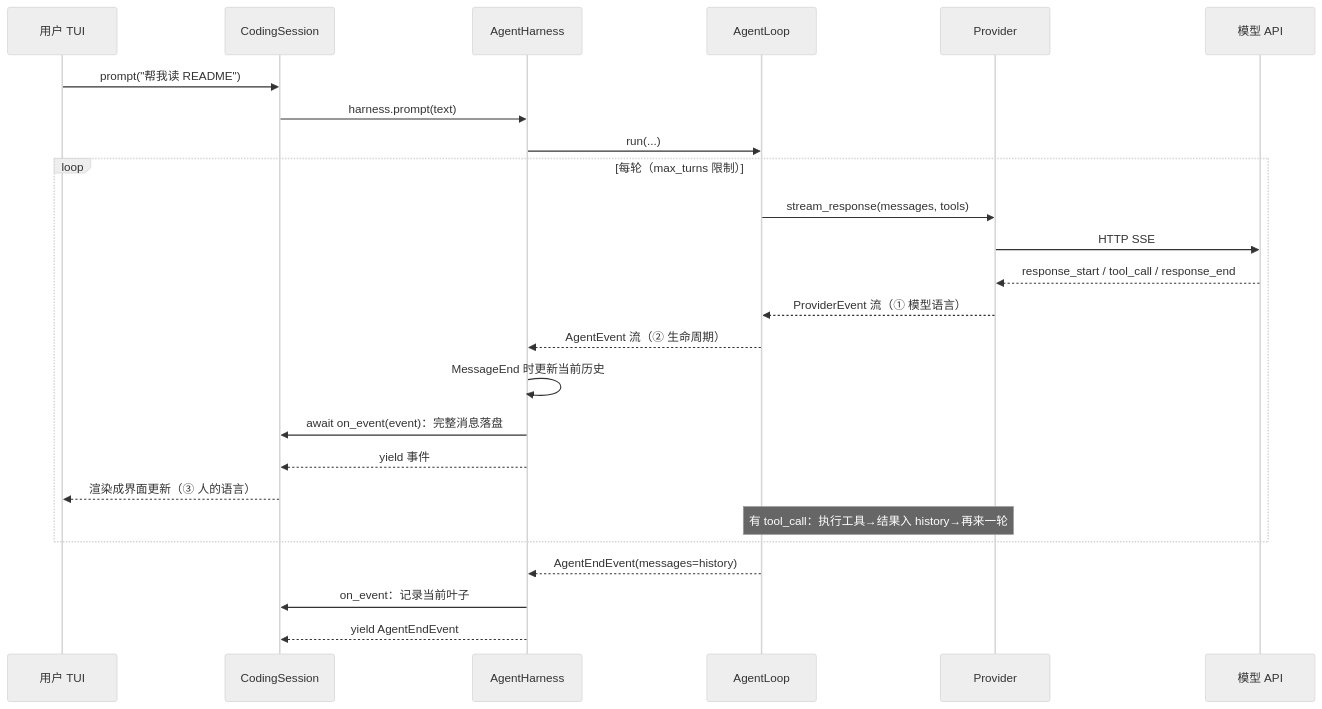
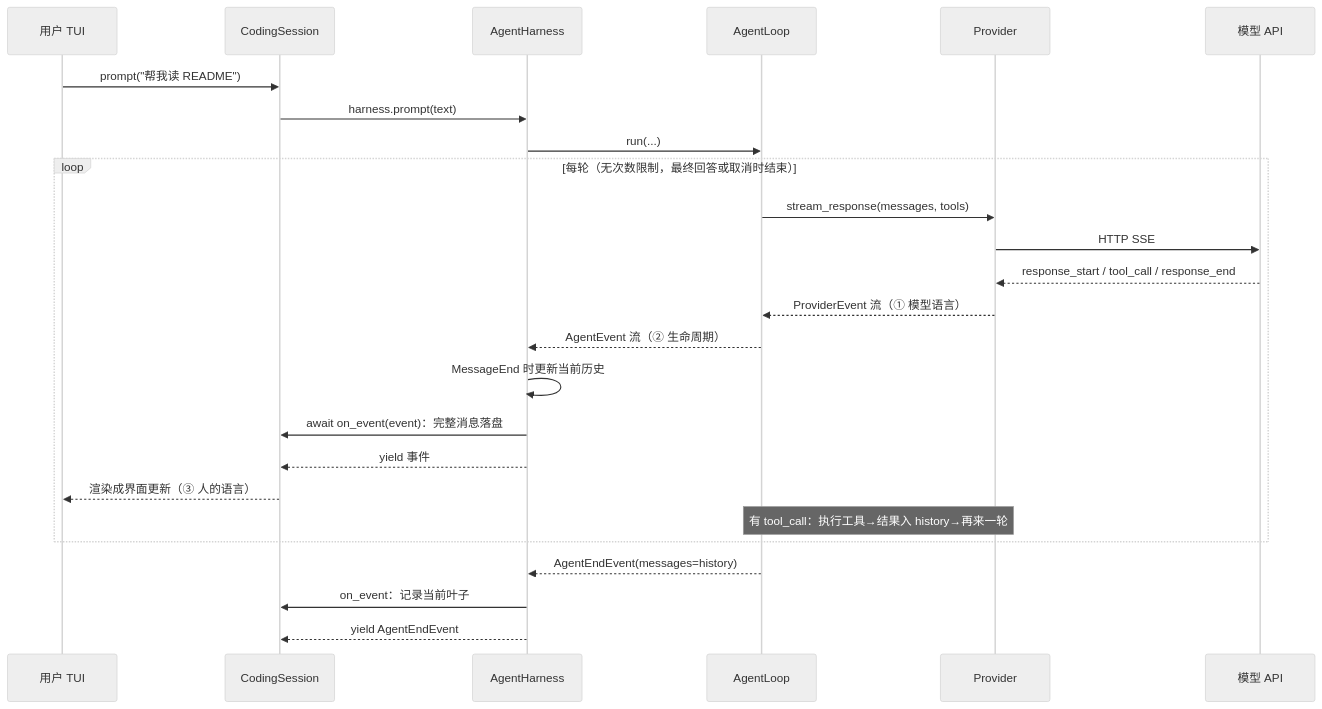
The first of 6 diagrams in dev-notes/architecture-walkthrough.md (s0meb0dy3/nexa), drawn with Mermaid (neutral theme) before and after one commit. The commit also changed other lines of this file and 8 other files, not shown here.

````diff
--- a/dev-notes/architecture-walkthrough.md
+++ b/dev-notes/architecture-walkthrough.md
@@ -10,28 +10,28 @@
 ```mermaid
 sequenceDiagram
     participant U as 用户 TUI
     participant CS as CodingSession
     participant H as AgentHarness
     participant L as AgentLoop
     participant P as Provider
     participant API as 模型 API
 
     U->>CS: prompt("帮我读 README")
     CS->>H: harness.prompt(text)
     H->>L: run(...)
-    loop 每轮（max_turns 限制）
+    loop 每轮（无次数限制，最终回答或取消时结束）
         L->>P: stream_response(messages, tools)
         P->>API: HTTP SSE
         API-->>P: response_start / tool_call / response_end
         P-->>L: ProviderEvent 流（① 模型语言）
         L-->>H: AgentEvent 流（② 生命周期）
         H->>H: MessageEnd 时更新当前历史
         H->>CS: await on_event(event)：完整消息落盘
         H-->>CS: yield 事件
         CS-->>U: 渲染成界面更新（③ 人的语言）
         Note over L,P: 有 tool_call：执行工具→结果入 history→再来一轮
     end
     L-->>H: AgentEndEvent(messages=history)
     H->>CS: on_event：记录当前叶子
     H-->>CS: yield AgentEndEvent
 ```
````
